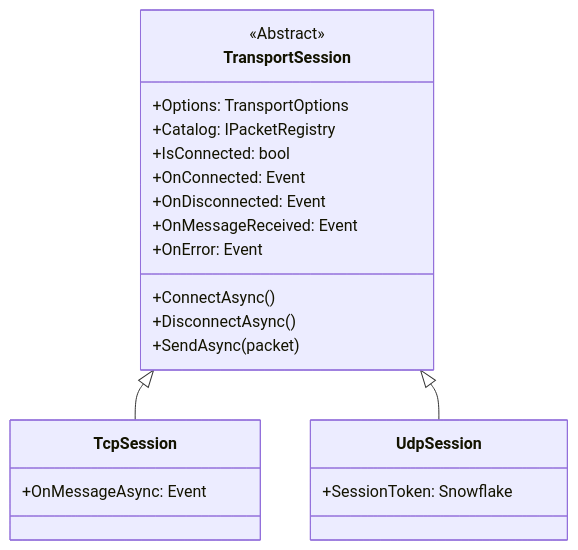
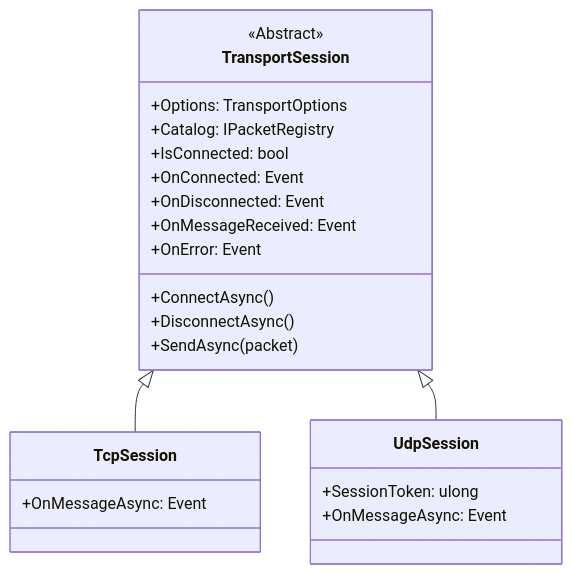
The diagram in docs/api/sdk/transport-session.md (ppn-systems/Nalix), drawn with Mermaid before and after one commit. The commit also changed other lines of this file and 101 other files, not shown here.

````diff
--- a/docs/api/sdk/transport-session.md
+++ b/docs/api/sdk/transport-session.md
@@ -7,24 +7,25 @@
 ```mermaid
 classDiagram
     class TransportSession {
         <<Abstract>>
         +Options: TransportOptions
         +Catalog: IPacketRegistry
         +IsConnected: bool
         +OnConnected: Event
         +OnDisconnected: Event
         +OnMessageReceived: Event
         +OnError: Event
         +ConnectAsync()
         +DisconnectAsync()
         +SendAsync(packet)
     }
     class TcpSession {
         +OnMessageAsync: Event
     }
     class UdpSession {
-        +SessionToken: Snowflake
+        +SessionToken: ulong
+        +OnMessageAsync: Event
     }
     TransportSession <|-- TcpSession
     TransportSession <|-- UdpSession
 ```
````
